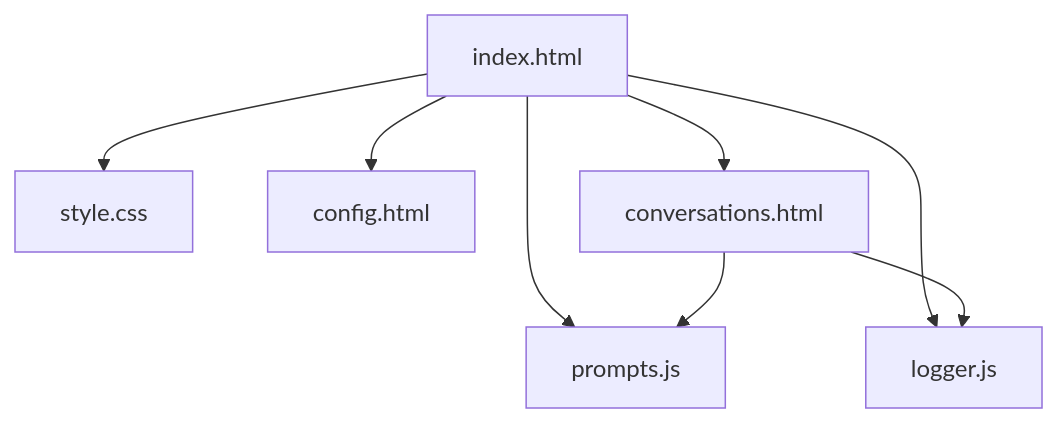
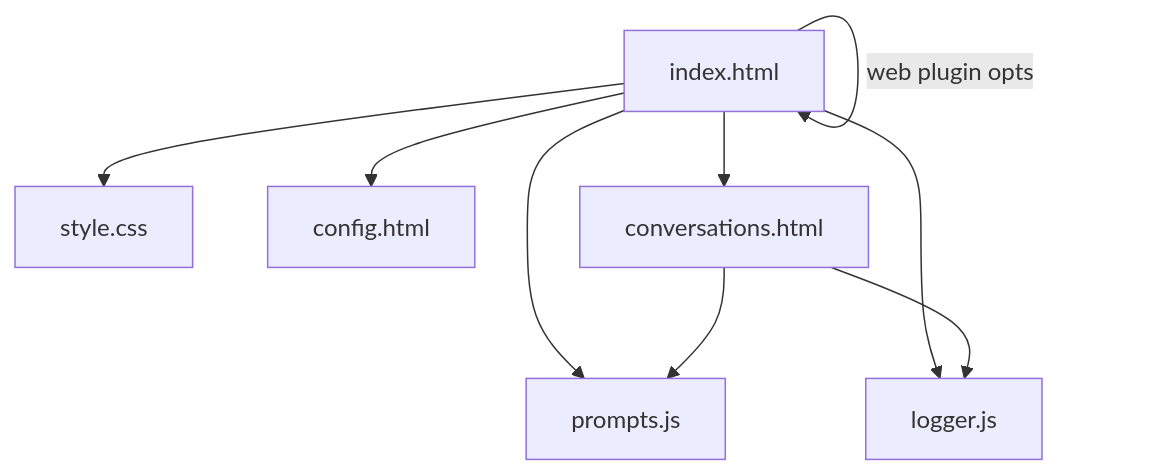
The diagram in README.md (Gyrych/PhoneChat), drawn with Mermaid before and after one commit. The commit also changed other lines of this file and 4 other files, not shown here.

````diff
--- a/README.md
+++ b/README.md
@@ -97,10 +118,11 @@
 ```mermaid
 flowchart TB
   A[index.html] --> C[style.css]
   A --> D[config.html]
   A --> E[conversations.html]
   A --> F[prompts.js]
   A --> G[logger.js]
+  A -- web plugin opts --> A
   E --> F
   E --> G
 ```
````
